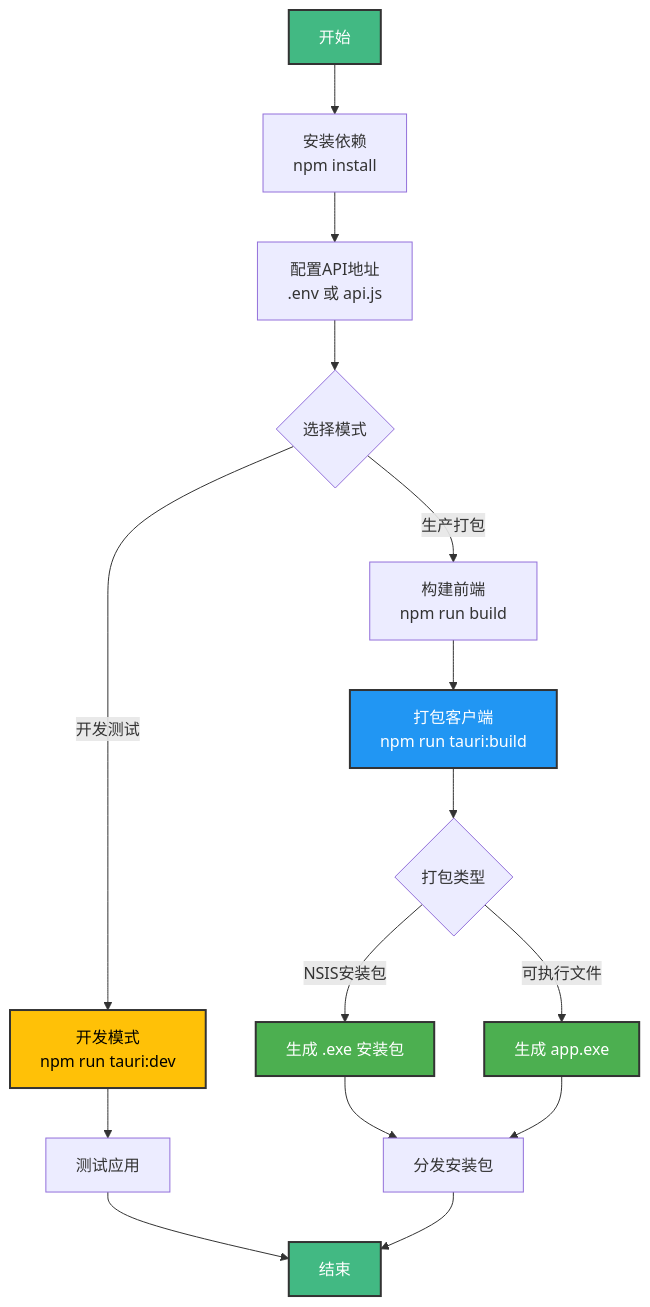
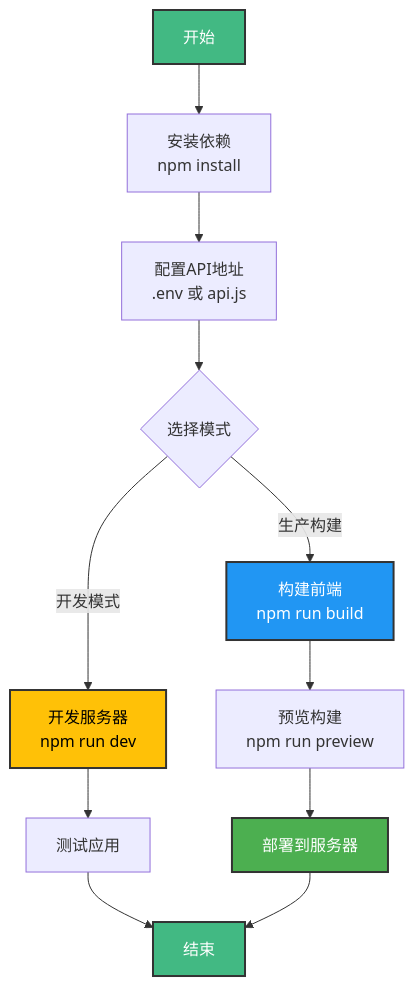
The diagram in frontend/BUILD.md (NanoAgentCode/DifyApp), drawn with Mermaid before and after one commit. The commit also changed other lines of this file and 28 other files, not shown here.

````diff
--- a/frontend/BUILD.md
+++ b/frontend/BUILD.md
@@ -37,24 +13,19 @@
 ```mermaid
 flowchart TD
     A[开始] --> B[安装依赖<br/>npm install]
     B --> C[配置API地址<br/>.env 或 api.js]
     C --> D{选择模式}
-    D -->|开发测试| E[开发模式<br/>npm run tauri:dev]
-    D -->|生产打包| F[构建前端<br/>npm run build]
-    F --> G[打包客户端<br/>npm run tauri:build]
-    G --> H{打包类型}
-    H -->|NSIS安装包| I[生成 .exe 安装包]
-    H -->|可执行文件| J[生成 app.exe]
-    E --> K[测试应用]
-    I --> L[分发安装包]
-    J --> L
-    K --> M[结束]
-    L --> M
+    D -->|开发模式| E[开发服务器<br/>npm run dev]
+    D -->|生产构建| F[构建前端<br/>npm run build]
+    F --> G[预览构建<br/>npm run preview]
+    E --> H[测试应用]
+    G --> I[部署到服务器]
+    H --> J[结束]
+    I --> J
     
     style A fill:#42b983,stroke:#333,stroke-width:2px,color:#fff
-    style M fill:#42b983,stroke:#333,stroke-width:2px,color:#fff
+    style J fill:#42b983,stroke:#333,stroke-width:2px,color:#fff
     style E fill:#ffc107,stroke:#333,stroke-width:2px,color:#000
-    style G fill:#2196f3,stroke:#333,stroke-width:2px,color:#fff
+    style F fill:#2196f3,stroke:#333,stroke-width:2px,color:#fff
     style I fill:#4caf50,stroke:#333,stroke-width:2px,color:#fff
-    style J fill:#4caf50,stroke:#333,stroke-width:2px,color:#fff
 ```
````
